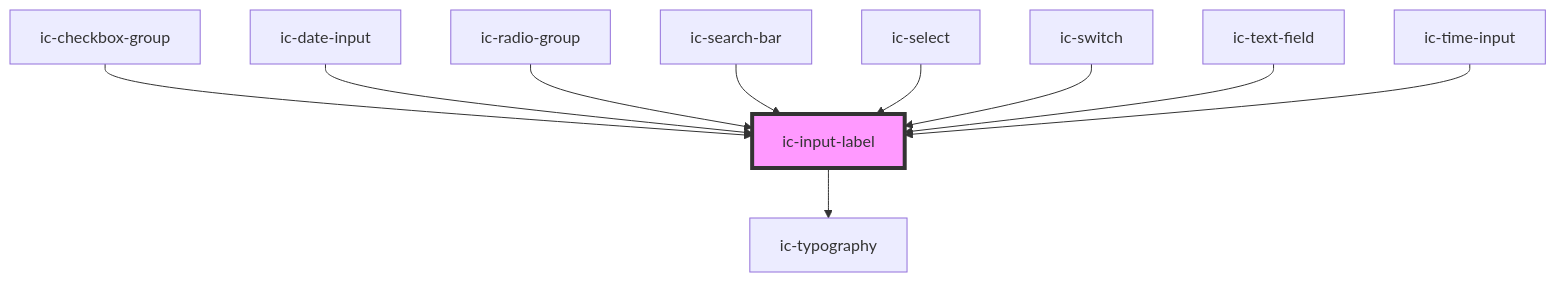
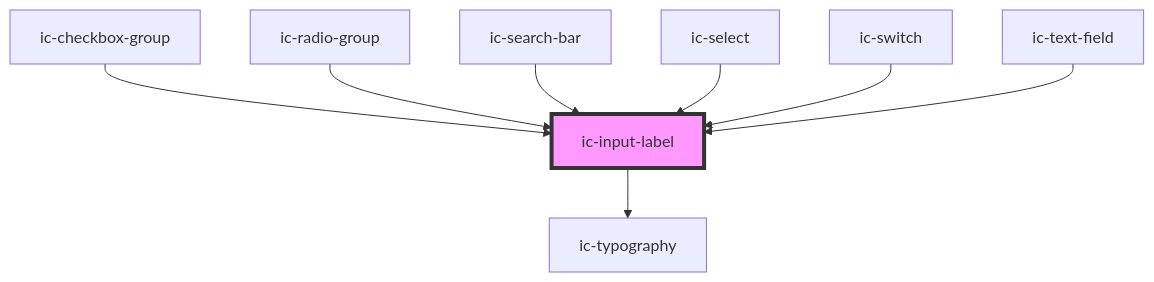
One commit to mi6/ic-ui-kit changed the diagram in packages/web-components/src/components/ic-input-label/readme.md. Above: the diagram before and after it, drawn with Mermaid. The commit also changed other lines of this file and 134 other files, not shown here.

````diff
--- a/packages/web-components/src/components/ic-input-label/readme.md
+++ b/packages/web-components/src/components/ic-input-label/readme.md
@@ -49,13 +45,11 @@
 ```mermaid
 graph TD;
   ic-input-label --> ic-typography
   ic-checkbox-group --> ic-input-label
-  ic-date-input --> ic-input-label
   ic-radio-group --> ic-input-label
   ic-search-bar --> ic-input-label
   ic-select --> ic-input-label
   ic-switch --> ic-input-label
   ic-text-field --> ic-input-label
-  ic-time-input --> ic-input-label
   style ic-input-label fill:#f9f,stroke:#333,stroke-width:4px
 ```
````
